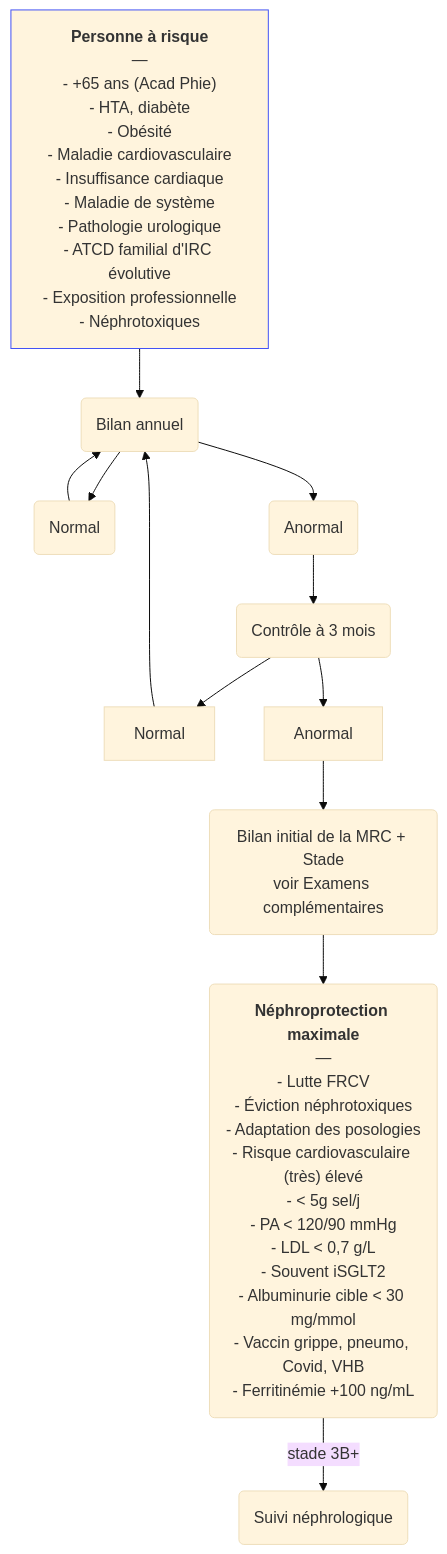
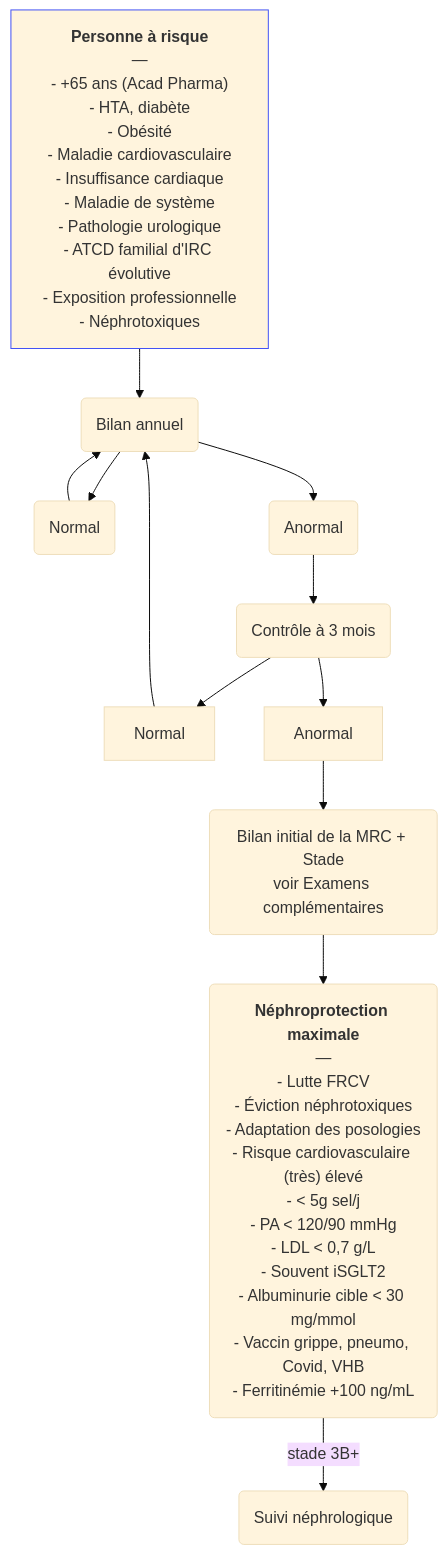
One commit to djibe/recommandations-medicales changed the diagram in content/recommandations/insuffisance-renale-chronique.md. Above: the diagram before and after it, drawn with Mermaid (base theme). The commit also changed other lines of this file and 4 other files, not shown here.

```diff
--- a/content/recommandations/insuffisance-renale-chronique.md
+++ b/content/recommandations/insuffisance-renale-chronique.md
@@ -484,15 +484,15 @@
 {{< mermaid title="Conduite à tenir pour le dépistage et la prise en charge de la maladie rénale chronique. Dr JB Fron d'après KDIGO 2024 et HAS 2023" >}}
 graph TB
-fdr["<b>Personne à risque</b><br>—<br>- +65 ans (Acad Phie)<br>- HTA, diabète<br>- Obésité<br>- Maladie cardiovasculaire<br>- Insuffisance cardiaque<br>- Maladie de système<br>- Pathologie urologique<br>- ATCD familial d'IRC évolutive<br>- Exposition professionnelle<br>- Néphrotoxiques"] --> 2(Bilan annuel)
+fdr["<b>Personne à risque</b><br>—<br>- +65 ans (Acad Pharma)<br>- HTA, diabète<br>- Obésité<br>- Maladie cardiovasculaire<br>- Insuffisance cardiaque<br>- Maladie de système<br>- Pathologie urologique<br>- ATCD familial d'IRC évolutive<br>- Exposition professionnelle<br>- Néphrotoxiques"] --> 2(Bilan annuel)
 style fdr stroke:#4150f5, stroke-width:1px
   2 --> 3N(Normal)
     3N --> 2
   2 --> 3A(Anormal)
   3A --> 4(Contrôle à 3 mois)
   4 --> Normal
     Normal --> 2
   4 --> Anormal
   Anormal --> bilan("Bilan initial de la MRC + Stade<br>voir Examens complémentaires")
   bilan --> nephroprotection("<strong>Néphroprotection maximale</strong><br>—<br>- Lutte FRCV<br>- Éviction néphrotoxiques<br>- Adaptation des posologies<br>- Risque cardiovasculaire (très) élevé<br>- &lt; 5g sel/j<br>- PA &lt; 120/90 mmHg<br>- LDL &lt; 0,7 g/L<br>- Souvent iSGLT2<br>- Albuminurie cible &lt; 30 mg/mmol<br>- Vaccin grippe, pneumo, Covid, VHB<br>- Ferritinémie +100 ng/mL")
   nephroprotection -- stade 3B+ --> avis(Suivi néphrologique)
 {{< /mermaid >}}
```
